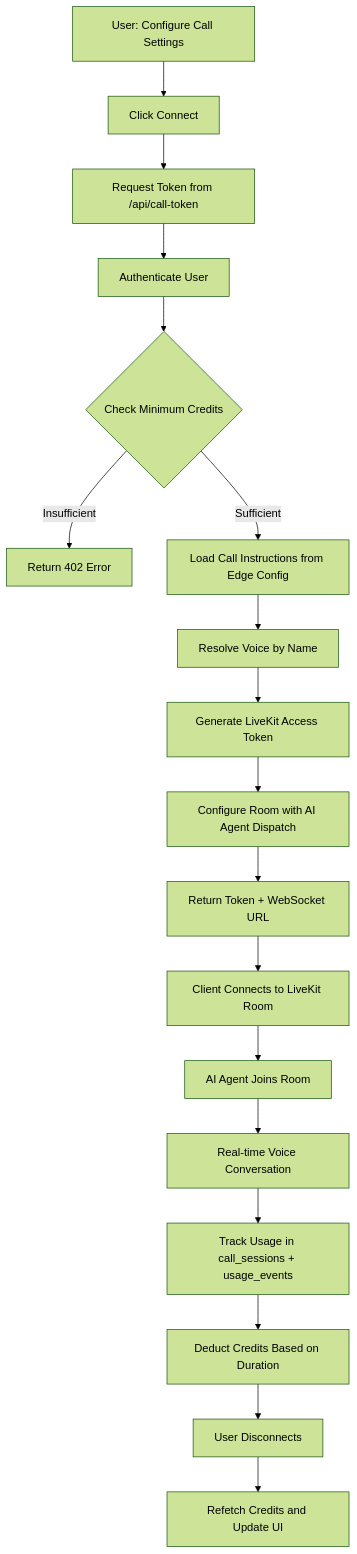
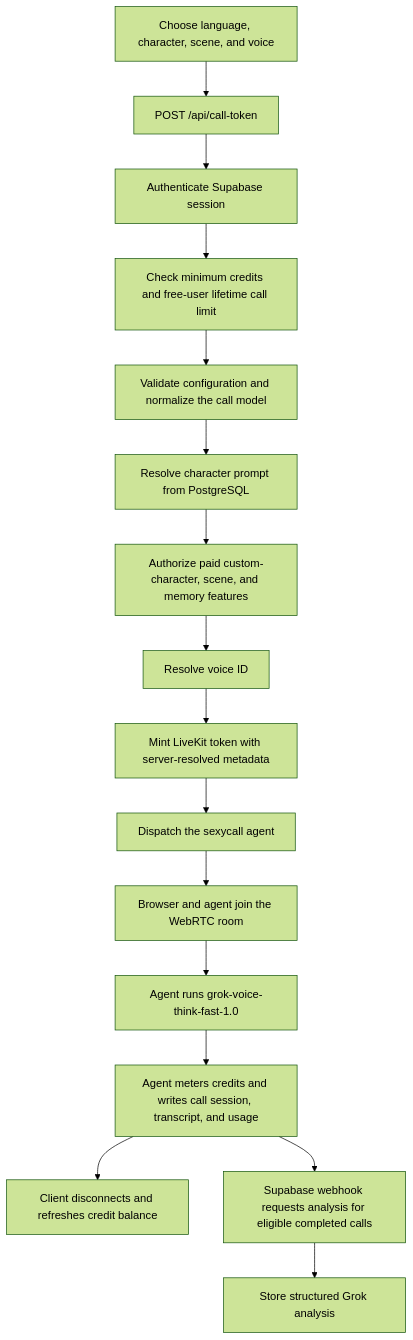
One commit to gianpaj/sexyvoice changed the fifth of 5 diagrams in ARCHITECTURE.md. Above: the diagram before and after it, drawn with Mermaid (forest theme). The commit also changed other lines of this file, not shown here.

Commit message:
docs: Refresh architecture overview

````diff
--- a/ARCHITECTURE.md
+++ b/ARCHITECTURE.md
@@ -246,20 +247,18 @@
 ```mermaid
 flowchart TD
-    A[User: Configure Call Settings] --> B[Click Connect]
-    B --> C[Request Token from /api/call-token]
-    C --> D[Authenticate User]
-    D --> E{Check Minimum Credits}
-    E -->|Insufficient| F[Return 402 Error]
-    E -->|Sufficient| G[Load Call Instructions from Edge Config]
-    G --> H[Resolve Voice by Name]
-    H --> I[Generate LiveKit Access Token]
-    I --> J[Configure Room with AI Agent Dispatch]
-    J --> K[Return Token + WebSocket URL]
-    K --> L[Client Connects to LiveKit Room]
-    L --> M[AI Agent Joins Room]
-    M --> N[Real-time Voice Conversation]
-    N --> O[Track Usage in call_sessions + usage_events]
-    O --> P[Deduct Credits Based on Duration]
-    P --> Q[User Disconnects]
-    Q --> R[Refetch Credits and Update UI]
+    A["Choose language, character, scene, and voice"] --> B["POST /api/call-token"]
+    B --> C["Authenticate Supabase session"]
+    C --> D["Check minimum credits and free-user lifetime call limit"]
+    D --> E["Validate configuration and normalize the call model"]
+    E --> F["Resolve character prompt from PostgreSQL"]
+    F --> G["Authorize paid custom-character, scene, and memory features"]
+    G --> H["Resolve voice ID"]
+    H --> I["Mint LiveKit token with server-resolved metadata"]
+    I --> J["Dispatch the sexycall agent"]
+    J --> K["Browser and agent join the WebRTC room"]
+    K --> L["Agent runs grok-voice-think-fast-1.0"]
+    L --> M["Agent meters credits and writes call session, transcript, and usage"]
+    M --> N["Client disconnects and refreshes credit balance"]
+    M --> O["Supabase webhook requests analysis for eligible completed calls"]
+    O --> P["Store structured Grok analysis"]
 ```
````
